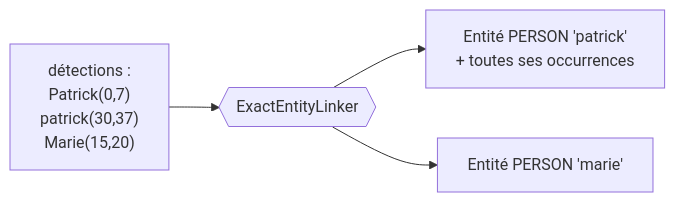
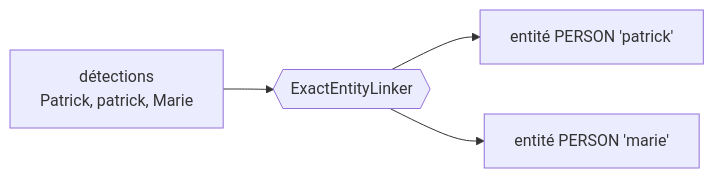
The second of 4 diagrams in docs/fr/conception.md (Athroniaeth/piighost), drawn with Mermaid before and after one commit. The commit also changed other lines of this file and 7 other files, not shown here.

First line of the commit message:
docs: smaller diagrams, one note per protection, an airier placeholder page

````diff
--- a/docs/fr/conception.md
+++ b/docs/fr/conception.md
@@ -108,6 +108,6 @@
 ```mermaid
 flowchart LR
-    D["détections :\nPatrick(0,7)\npatrick(30,37)\nMarie(15,20)"] --> L{{"ExactEntityLinker"}}
-    L --> E1["Entité PERSON 'patrick'\n+ toutes ses occurrences"]
-    L --> E2["Entité PERSON 'marie'"]
+    D["détections\nPatrick, patrick, Marie"] --> L{{"ExactEntityLinker"}}
+    L --> E1["entité PERSON 'patrick'"]
+    L --> E2["entité PERSON 'marie'"]
 ```
````
